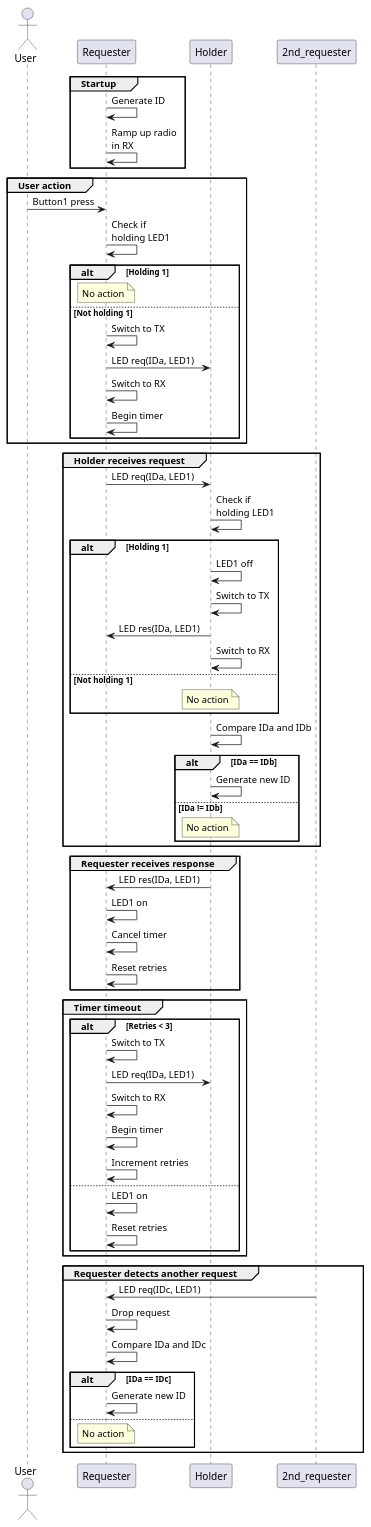
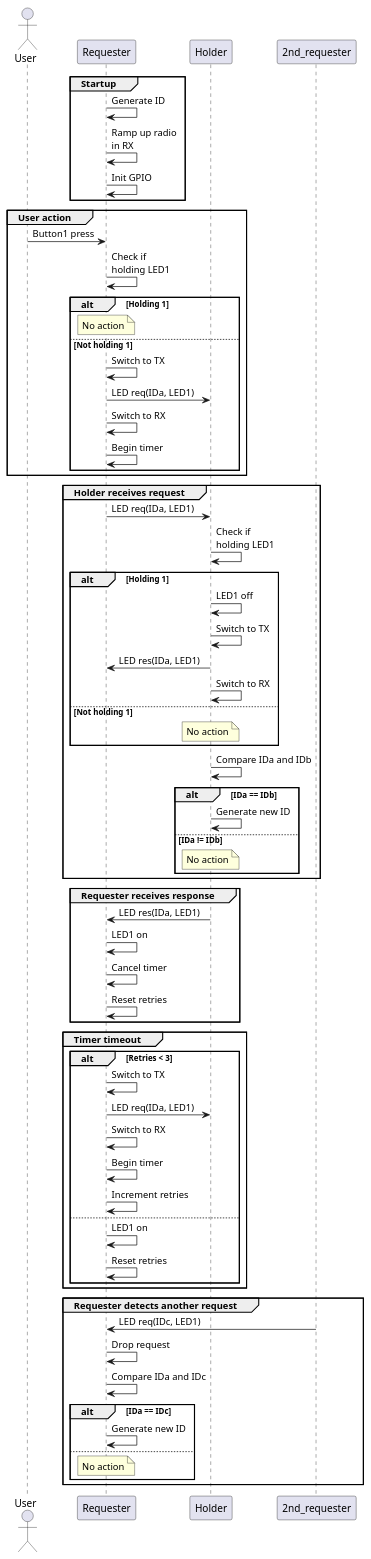
The diagram in sequence-diagrams.puml (Beanspoon/pass_led), drawn with PlantUML before and after one commit. The commit also changed 1 other file, not shown here.

Commit message:
Add GPIO init to sequence diagram

```diff
--- a/sequence-diagrams.puml
+++ b/sequence-diagrams.puml
@@ -1,86 +1,87 @@
 @startuml sequence-diagram
 
 actor User
 participant Requester as a
 participant Holder as b
 participant 2nd_requester as c
 
 group Startup
     a -> a: Generate ID
     a -> a: Ramp up radio\nin RX
+    a -> a: Init GPIO
 end
 
 group User action
     User -> a: Button1 press
     a -> a: Check if\nholding LED1
 
     alt Holding 1
         note over a: No action
     else Not holding 1
         a -> a: Switch to TX
         a -> b: LED req(IDa, LED1)
         a -> a: Switch to RX
         a -> a: Begin timer
     end
 
 end
 
 group Holder receives request
     a -> b: LED req(IDa, LED1)
     b -> b: Check if\nholding LED1
 
     alt Holding 1
         b -> b: LED1 off
         b -> b: Switch to TX
         b -> a: LED res(IDa, LED1)
         b -> b: Switch to RX
     else Not holding 1
         note over b: No action
     end
 
     b -> b: Compare IDa and IDb
 
     alt IDa == IDb
         b -> b: Generate new ID
     else IDa != IDb
         note over b: No action
     end
 
 end
 
 group Requester receives response
     b -> a: LED res(IDa, LED1)
     a -> a: LED1 on
     a -> a: Cancel timer
     a -> a: Reset retries
 end
 
 group Timer timeout
 
     alt Retries < 3
         a -> a: Switch to TX
         a -> b: LED req(IDa, LED1)
         a -> a: Switch to RX
         a -> a: Begin timer
         a -> a: Increment retries
     else
         a -> a: LED1 on
         a -> a: Reset retries
     end
     
 end
 
 group Requester detects another request
     c -> a: LED req(IDc, LED1)
     a -> a: Drop request
     a -> a: Compare IDa and IDc
 
     alt IDa == IDc
         a -> a: Generate new ID
     else
         note over a: No action
     end
 
 end
 
 @enduml
```
